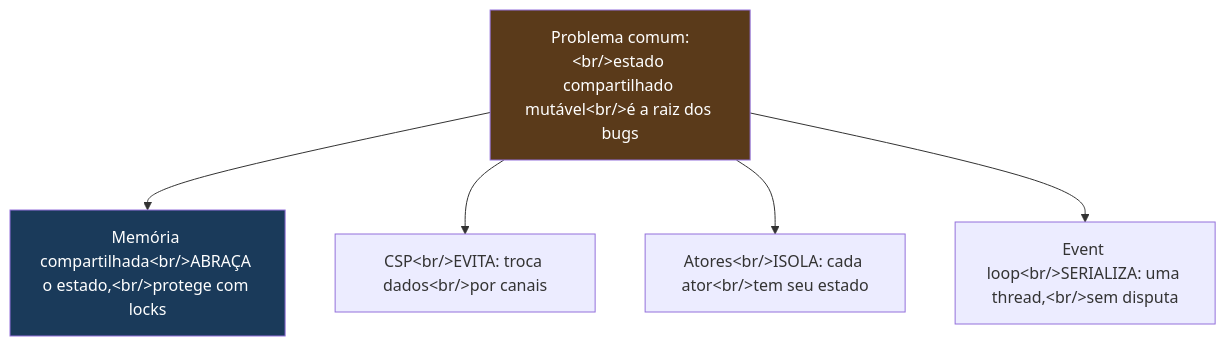
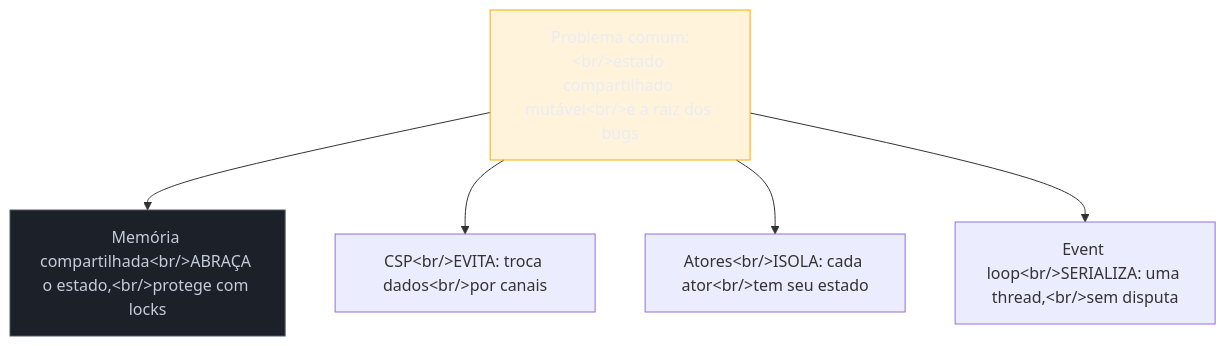
One commit to josenaldo/codex-technomanticus changed the sixth of 6 diagrams in 03-Dominios/Ciência/Concorrência e Paralelismo/10 - Memória compartilhada com threads e locks.md. Above: the diagram before and after it, drawn with Mermaid. The commit also changed other lines of this file and 1181 other files, not shown here.

First line of the commit message:
fix(diagramas): paleta do sistema no lugar de cor cravada no markdown

````diff
--- a/03-Dominios/Ciência/Concorrência e Paralelismo/10 - Memória compartilhada com threads e locks.md
+++ b/03-Dominios/Ciência/Concorrência e Paralelismo/10 - Memória compartilhada com threads e locks.md
@@ -289,10 +297,12 @@
 ```mermaid
 flowchart TB
+    classDef destaque fill:#FFAA0024,stroke:#FFAA00,color:#E9ECF2
+    classDef neutro fill:#1B2029,stroke:#4E5666,color:#C6CCD8
     PROB["Problema comum:&lt;br/&gt;estado compartilhado mutável&lt;br/&gt;é a raiz dos bugs"]
     PROB --> M1["Memória compartilhada&lt;br/&gt;ABRAÇA o estado,&lt;br/&gt;protege com locks"]
     PROB --> M2["CSP&lt;br/&gt;EVITA: troca dados&lt;br/&gt;por canais"]
     PROB --> M3["Atores&lt;br/&gt;ISOLA: cada ator&lt;br/&gt;tem seu estado"]
     PROB --> M4["Event loop&lt;br/&gt;SERIALIZA: uma thread,&lt;br/&gt;sem disputa"]
-    style PROB fill:#5a3a1a,color:#fff
-    style M1 fill:#1a3a5a,color:#fff
+    class PROB destaque
+    class M1 neutro
 ```
````
